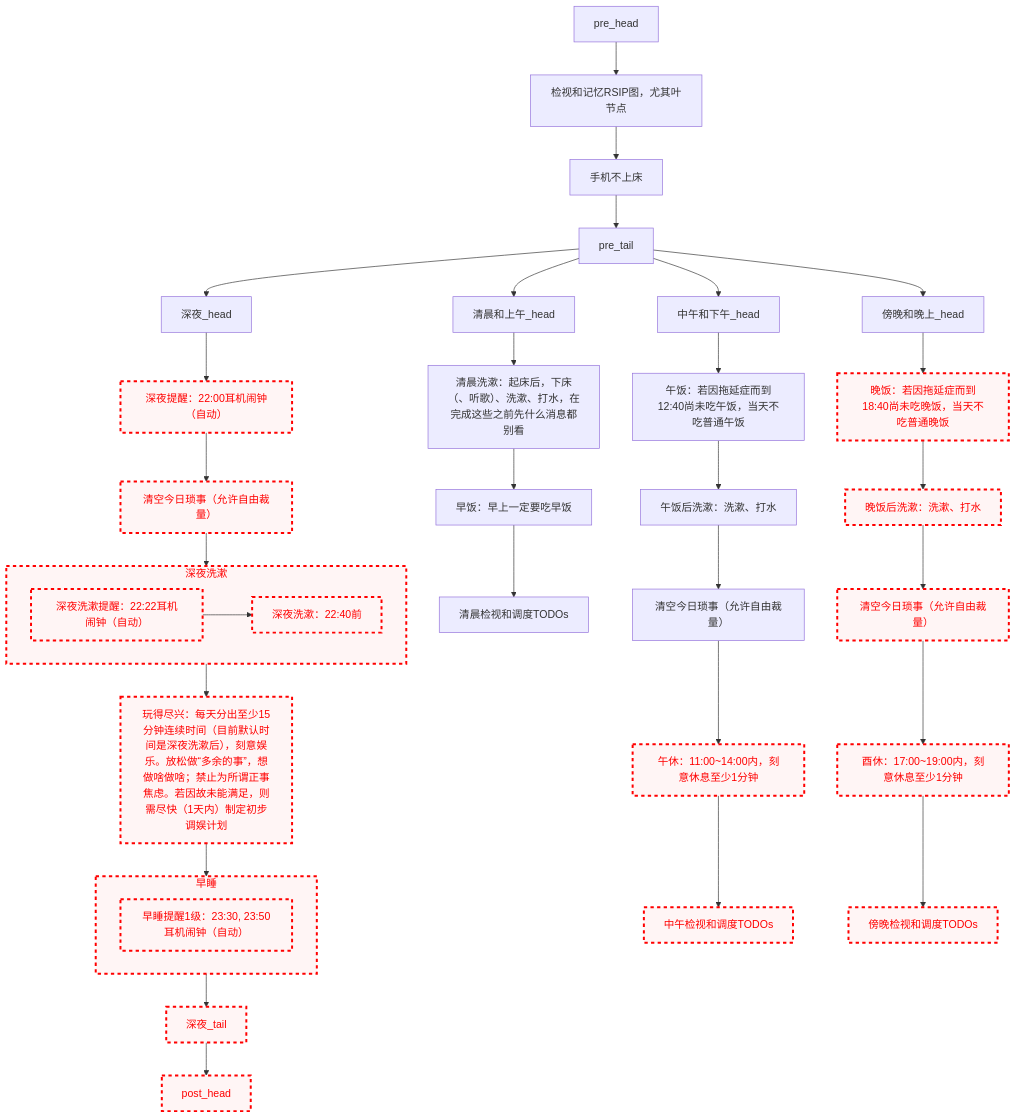
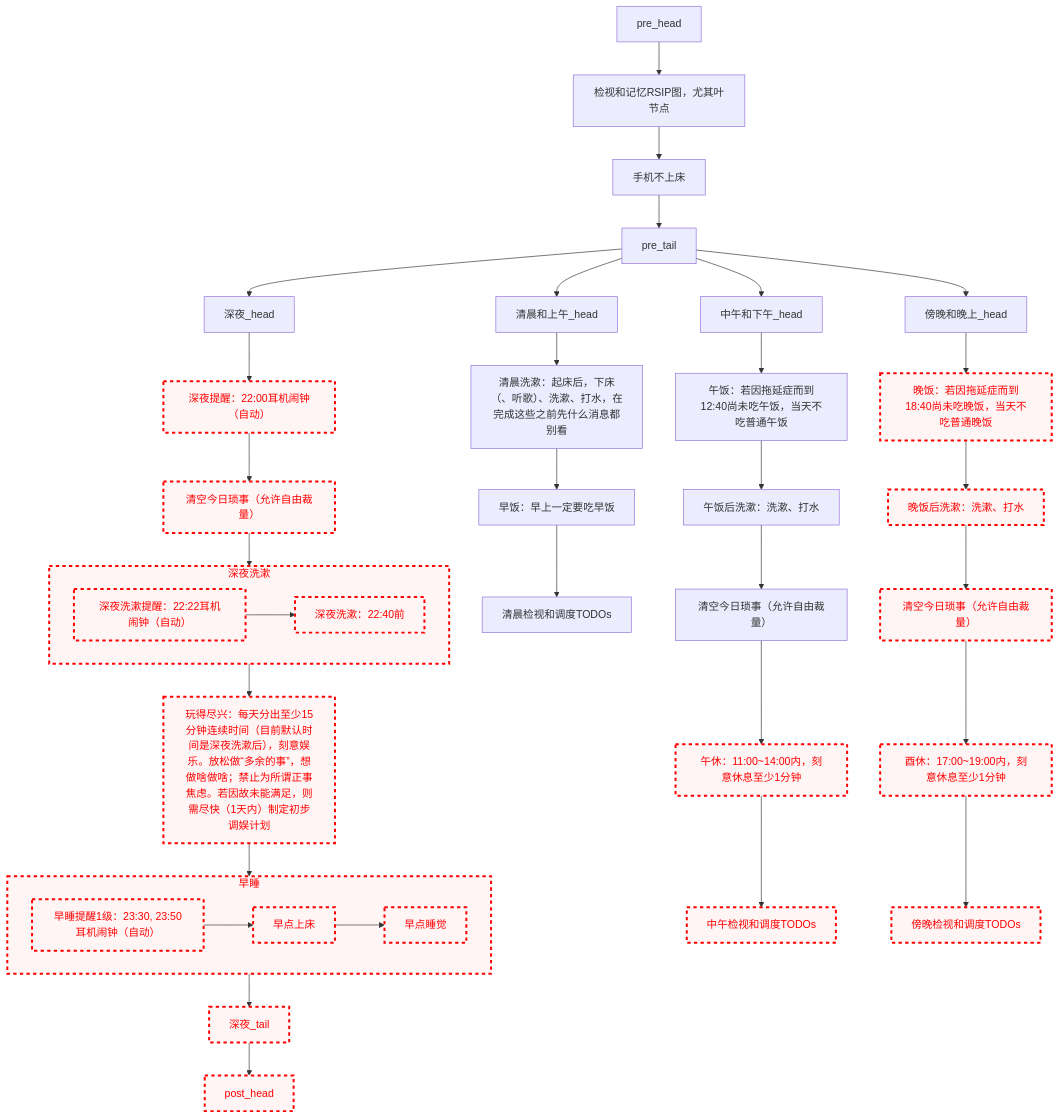
One commit to Ethkuil/RSIP-tree changed the diagram in README.md. Above: the diagram before and after it, drawn with Mermaid.

Commit message:
将早睡拆成早点上床和早点睡觉

````diff
--- a/README.md
+++ b/README.md
@@ -21,69 +21,73 @@
 ```mermaid
 graph TD
 
 classDef failed stroke:#ff0000, stroke-width:3px, color:#ff0000, fill:#fff5f5, stroke-dasharray: 5
 
 pre_head --> RSIP[检视和记忆RSIP图，尤其叶节点]
 RSIP --> 手机不上床
 手机不上床 --> pre_tail
 
 
 pre_tail --> 清晨和上午_head
 清晨和上午_head --> 清晨洗漱
 清晨洗漱[清晨洗漱：起床后，下床（、听歌）、洗漱、打水，在完成这些之前先什么消息都别看]
 清晨洗漱 --> 早饭[早饭：早上一定要吃早饭]
 早饭 --> 清晨看TODO[清晨检视和调度TODOs]
 
 
 pre_tail --> 中午和下午_head
 中午和下午_head --> 午饭[午饭：若因拖延症而到12:40尚未吃午饭，当天不吃普通午饭]
 午饭 --> 午饭后洗漱[午饭后洗漱：洗漱、打水]
 午饭后洗漱 --> 中午今日琐事[清空今日琐事（允许自由裁量）]
 中午今日琐事 --> 午休[午休：11:00~14:00内，刻意休息至少1分钟]
 class 午休 failed
 午休 --> 中午看TODO[中午检视和调度TODOs]
 class 中午看TODO failed
 
 
 pre_tail --> 傍晚和晚上_head
 傍晚和晚上_head --> 晚饭[晚饭：若因拖延症而到18:40尚未吃晚饭，当天不吃普通晚饭]
 class 晚饭 failed
 晚饭 --> 晚饭后洗漱[晚饭后洗漱：洗漱、打水]
 class 晚饭后洗漱 failed
 晚饭后洗漱 --> 傍晚今日琐事[清空今日琐事（允许自由裁量）]
 class 傍晚今日琐事 failed
 傍晚今日琐事 --> 酉休[酉休：17:00~19:00内，刻意休息至少1分钟]
 class 酉休 failed
 酉休 --> 傍晚看TODO[傍晚检视和调度TODOs]
 class 傍晚看TODO failed
 
 
 pre_tail --> 深夜_head
 深夜_head --> 深夜提醒[深夜提醒：22:00耳机闹钟（自动）]
 class 深夜提醒 failed
 深夜提醒 --> 深夜今日琐事[清空今日琐事（允许自由裁量）]
 class 深夜今日琐事 failed
 深夜今日琐事 --> 深夜洗漱
 subgraph 深夜洗漱
   深夜洗漱提醒[深夜洗漱提醒：22:22耳机闹钟（自动）]
   class 深夜洗漱提醒 failed
   深夜洗漱提醒 --> 深夜洗漱执行[深夜洗漱：22:40前]
   class 深夜洗漱执行 failed
 end
 class 深夜洗漱 failed
 深夜洗漱 --> 玩得尽兴[玩得尽兴：每天分出至少15分钟连续时间（目前默认时间是深夜洗漱后），刻意娱乐。放松做“多余的事”，想做啥做啥；禁止为所谓正事焦虑。若因故未能满足，则需尽快（1天内）制定初步调娱计划]
 class 玩得尽兴 failed
 
 玩得尽兴 --> 早睡
 subgraph 早睡
   早睡提醒1级[早睡提醒1级：23:30, 23:50耳机闹钟（自动）]
   class 早睡提醒1级 failed
+  早睡提醒1级 --> 早点上床
+  class 早点上床 failed
+  早点上床 --> 早点睡觉
+  class 早点睡觉 failed
 end
 class 早睡 failed
 早睡 --> 深夜_tail
 class 深夜_tail failed
 
 
 深夜_tail --> post_head
 class post_head failed
 ```
````
